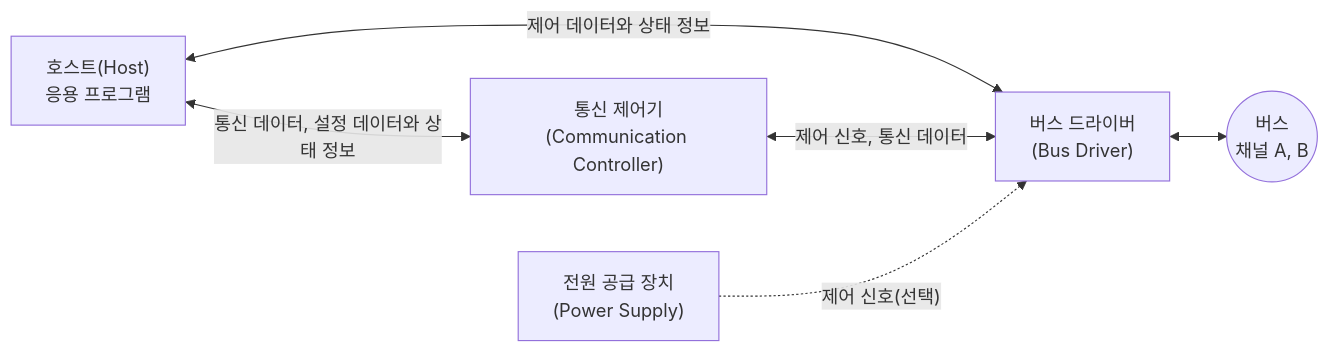
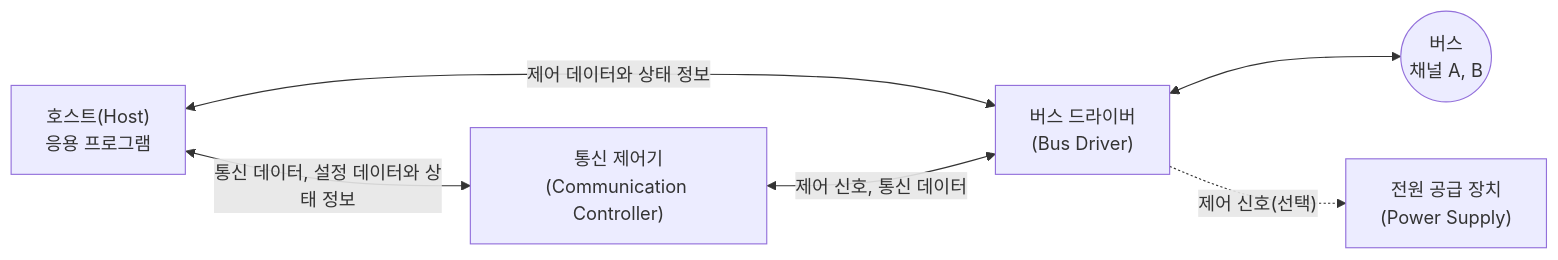
One commit to Choroning/25Spring_Networking-and-Communication-Systems changed the first of 4 diagrams in Lecture-Notes/Week09_In-Vehicle-Networks/Concepts_Lecture.ko.md. Above: the diagram before and after it, drawn with Mermaid. The commit also changed other lines of this file and 55 other files, not shown here.

````diff
--- a/Lecture-Notes/Week09_In-Vehicle-Networks/Concepts_Lecture.ko.md
+++ b/Lecture-Notes/Week09_In-Vehicle-Networks/Concepts_Lecture.ko.md
@@ -524,13 +524,13 @@
 ```mermaid
 flowchart LR
     H["호스트(Host)<br>응용 프로그램"]
     CC["통신 제어기<br>(Communication Controller)"]
     BD["버스 드라이버<br>(Bus Driver)"]
     PS["전원 공급 장치<br>(Power Supply)"]
     BUS(("버스<br>채널 A, B"))
     H <-- "통신 데이터, 설정 데이터와 상태 정보" --> CC
     H <-- "제어 데이터와 상태 정보" --> BD
     CC <-- "제어 신호, 통신 데이터" --> BD
     BD <--> BUS
-    PS -. "제어 신호(선택)" .-> BD
+    BD -. "제어 신호(선택)" .-> PS
 ```
````
